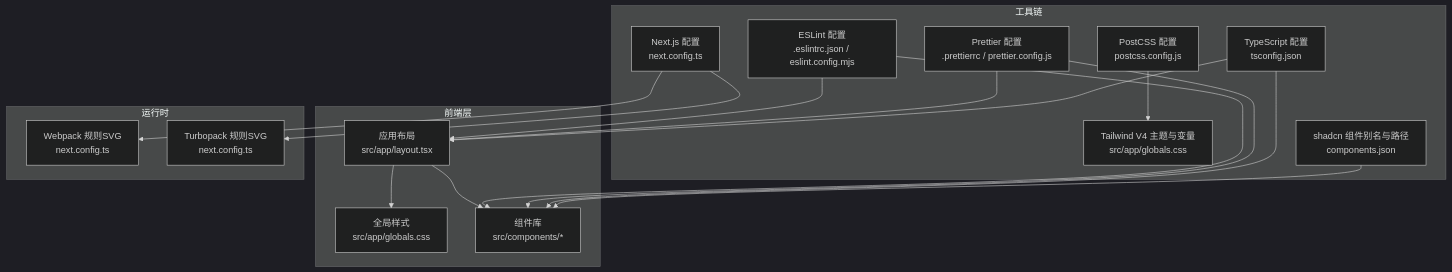
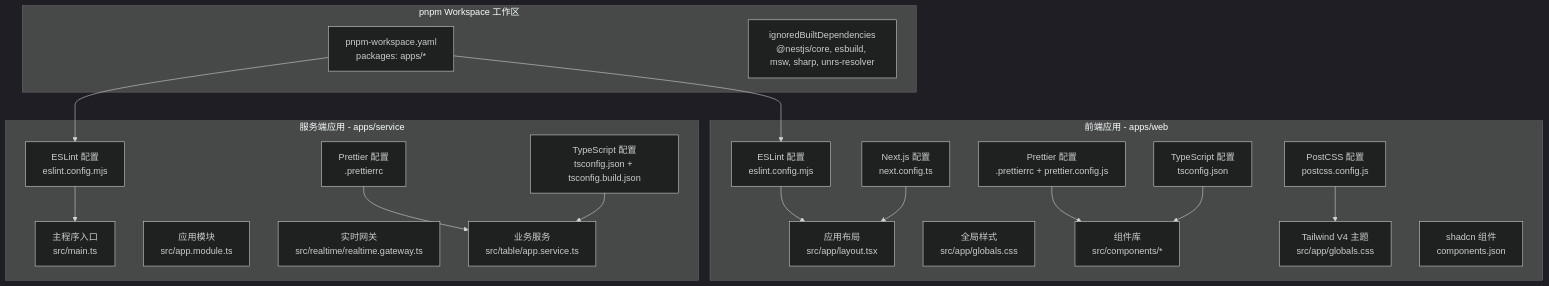
Before and after one commit to HAOFUYANG/nextjs-admin: the first of 5 diagrams in .qoder/repowiki/zh/content/开发工具配置.md, drawn with Mermaid (dark theme). The commit also changed other lines of this file and 6 other files, not shown here.

````diff
--- a/.qoder/repowiki/zh/content/开发工具配置.md
+++ b/.qoder/repowiki/zh/content/开发工具配置.md
@@ -39,33 +53,38 @@
 ```mermaid
 graph TB
-subgraph "前端层"
-LAYOUT["应用布局<br/>src/app/layout.tsx"]
-GLOBALS["全局样式<br/>src/app/globals.css"]
-COMPONENTS["组件库<br/>src/components/*"]
+subgraph "pnpm Workspace 工作区"
+WORKSPACE["pnpm-workspace.yaml<br/>packages: apps/*"]
+IGNORED["ignoredBuiltDependencies<br/>@nestjs/core, esbuild, msw, sharp, unrs-resolver"]
 end
-subgraph "工具链"
-ESLINT["ESLint 配置<br/>.eslintrc.json / eslint.config.mjs"]
-PRETTIER["Prettier 配置<br/>.prettierrc / prettier.config.js"]
-TS["TypeScript 配置<br/>tsconfig.json"]
-NEXT["Next.js 配置<br/>next.config.ts"]
-POSTCSS["PostCSS 配置<br/>postcss.config.js"]
-TAILWIND["Tailwind V4 主题与变量<br/>src/app/globals.css"]
-SHADCN["shadcn 组件别名与路径<br/>components.json"]
+subgraph "前端应用 - apps/web"
+WEB_LAYOUT["应用布局<br/>src/app/layout.tsx"]
+WEB_GLOBALS["全局样式<br/>src/app/globals.css"]
+WEB_COMPONENTS["组件库<br/>src/components/*"]
+WEB_ESLINT["ESLint 配置<br/>eslint.config.mjs"]
+WEB_PRETTIER["Prettier 配置<br/>.prettierrc + prettier.config.js"]
+WEB_TS["TypeScript 配置<br/>tsconfig.json"]
+WEB_NEXT["Next.js 配置<br/>next.config.ts"]
+WEB_POSTCSS["PostCSS 配置<br/>postcss.config.js"]
+WEB_TAILWIND["Tailwind V4 主题<br/>src/app/globals.css"]
+WEB_SHADCN["shadcn 组件<br/>components.json"]
 end
-subgraph "运行时"
-WEBPACK["Webpack 规则SVG<br/>next.config.ts"]
-TURBO["Turbopack 规则SVG<br/>next.config.ts"]
+subgraph "服务端应用 - apps/service"
+SERVICE_MAIN["主程序入口<br/>src/main.ts"]
+SERVICE_APP["应用模块<br/>src/app.module.ts"]
+SERVICE_ESLINT["ESLint 配置<br/>eslint.config.mjs"]
+SERVICE_PRETTIER["Prettier 配置<br/>.prettierrc"]
+SERVICE_TS["TypeScript 配置<br/>tsconfig.json + tsconfig.build.json"]
+SERVICE_GATEWAY["实时网关<br/>src/realtime/realtime.gateway.ts"]
+SERVICE_SERVICE["业务服务<br/>src/table/app.service.ts"]
 end
-LAYOUT --> GLOBALS
-LAYOUT --> COMPONENTS
-ESLINT --> LAYOUT
-ESLINT --> COMPONENTS
-PRETTIER --> LAYOUT
-PRETTIER --> COMPONENTS
-TS --> LAYOUT
-TS --> COMPONENTS
-POSTCSS --> TAILWIND
-NEXT --> WEBPACK
-NEXT --> TURBO
-SHADCN --> COMPONENTS
+WORKSPACE --> WEB_ESLINT
+WORKSPACE --> SERVICE_ESLINT
+WEB_ESLINT --> WEB_LAYOUT
+SERVICE_ESLINT --> SERVICE_MAIN
+WEB_PRETTIER --> WEB_COMPONENTS
+SERVICE_PRETTIER --> SERVICE_SERVICE
+WEB_TS --> WEB_COMPONENTS
+SERVICE_TS --> SERVICE_SERVICE
+WEB_POSTCSS --> WEB_TAILWIND
+WEB_NEXT --> WEB_LAYOUT
 ```
````
